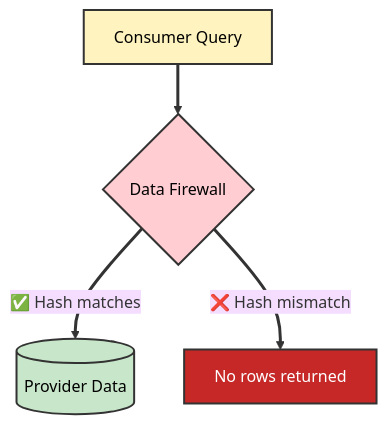
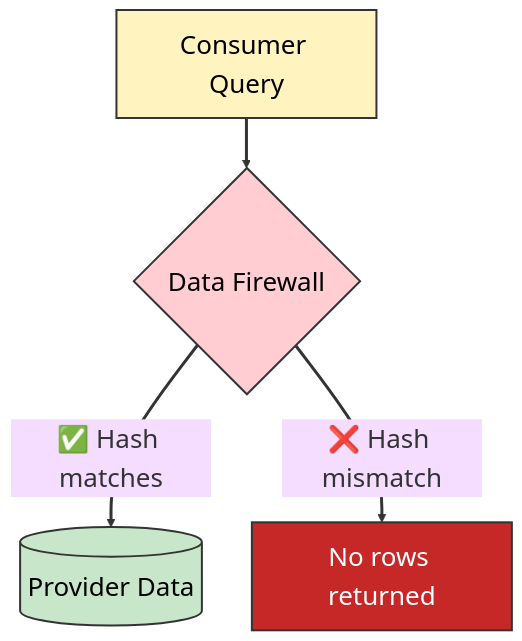
Before and after one commit to sfc-gh-vshiv/sfquickstart-data-clean-room: the fourth of 4 diagrams in DCR_Flow_and_Cost_Guide.md, drawn with Mermaid.

Commit message:
Update font size in DCR Flow and Cost Guide Mermaid diagrams to improve readability and maintain visual consistency.

````diff
--- a/DCR_Flow_and_Cost_Guide.md
+++ b/DCR_Flow_and_Cost_Guide.md
@@ -171,14 +171,14 @@
 ```mermaid
-%%{init: {'theme': 'base', 'themeVariables': {'fontSize': '16px'}}}%%
+%%{init: {'theme': 'base', 'themeVariables': {'fontSize': '26px'}}}%%
 flowchart TB
     Q[Consumer Query] ==> DF{Data Firewall}
     DF ==>|"✅ Hash matches"| D[(Provider Data)]
     DF ==>|"❌ Hash mismatch"| X[No rows returned]
     
     style Q fill:#fff3bf,stroke:#333,stroke-width:2px,color:#000
     style DF fill:#ffcdd2,stroke:#333,stroke-width:2px,color:#000
     style D fill:#c8e6c9,stroke:#333,stroke-width:2px,color:#000
     style X fill:#c62828,stroke:#333,stroke-width:2px,color:#fff
     
     linkStyle default stroke:#333,stroke-width:3px
 ```
````
